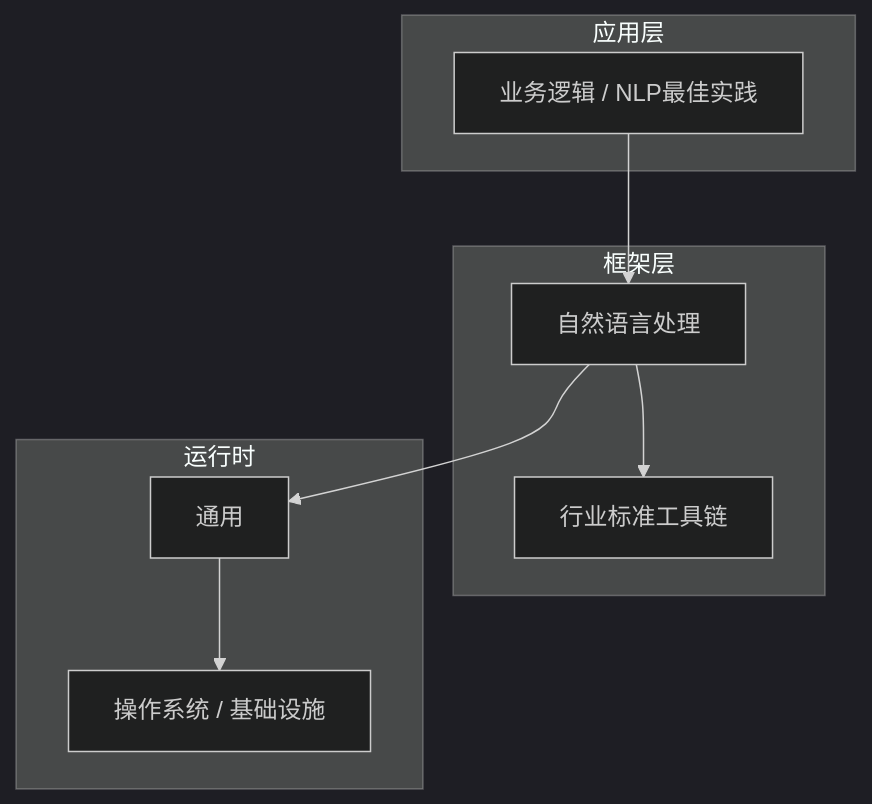
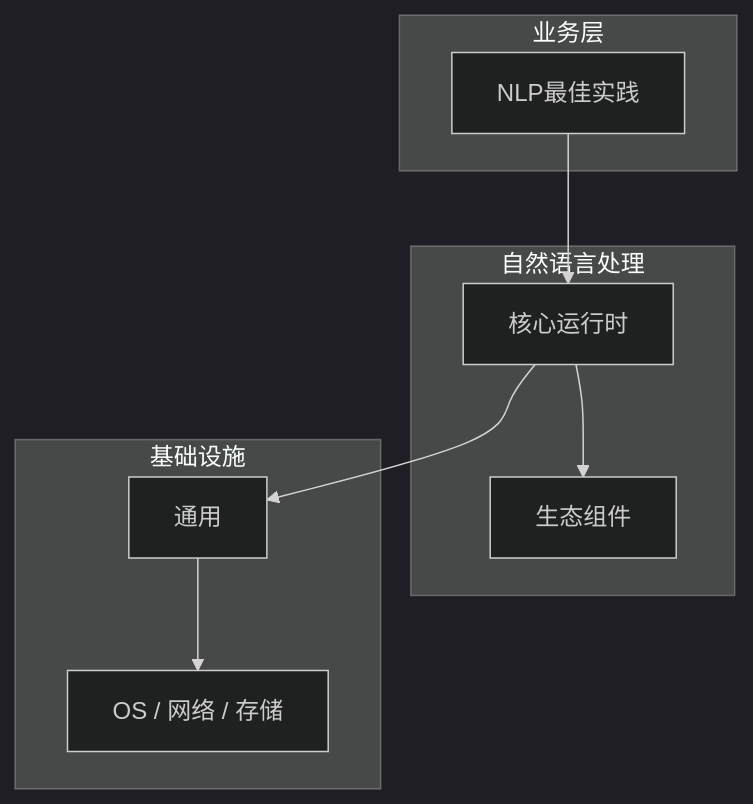
One commit to yanggan2015/knowledge-json-v2 changed the diagram in articles/自然语言处理/chapters/096-NLP最佳实践核心概念与原理.md. Above: the diagram before and after it, drawn with Mermaid (dark theme). The commit also changed other lines of this file and 10127 other files, not shown here.

````diff
--- a/articles/自然语言处理/chapters/096-NLP最佳实践核心概念与原理.md
+++ b/articles/自然语言处理/chapters/096-NLP最佳实践核心概念与原理.md
@@ -45,18 +34,18 @@
 ```mermaid
 graph TB
-    subgraph 应用层
-        A[业务逻辑 / NLP最佳实践]
+    subgraph 业务层
+        A[NLP最佳实践]
     end
-    subgraph 框架层
-        B[自然语言处理]
-        C[行业标准工具链]
+    subgraph 自然语言处理
+        B[核心运行时]
+        C[生态组件]
     end
-    subgraph 运行时
+    subgraph 基础设施
         D[通用]
-        E[操作系统 / 基础设施]
+        E[OS / 网络 / 存储]
     end
     A --> B
     B --> C
     B --> D
     D --> E
 ```
````
